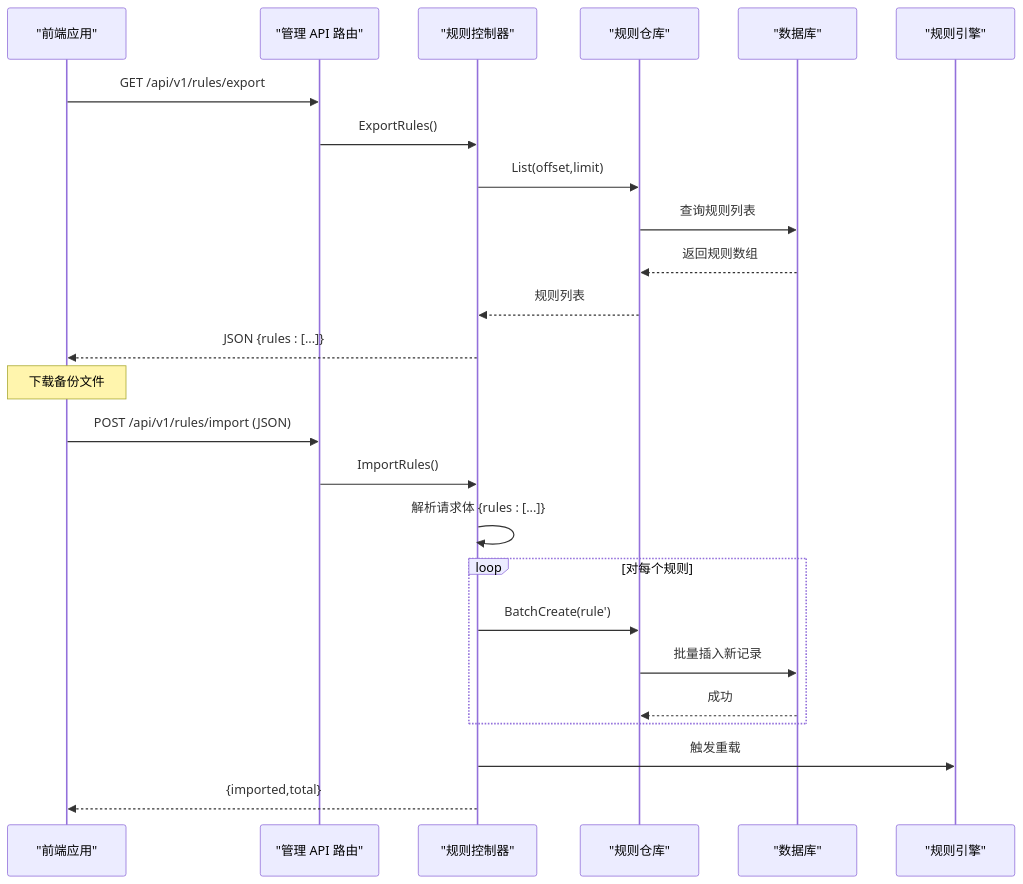
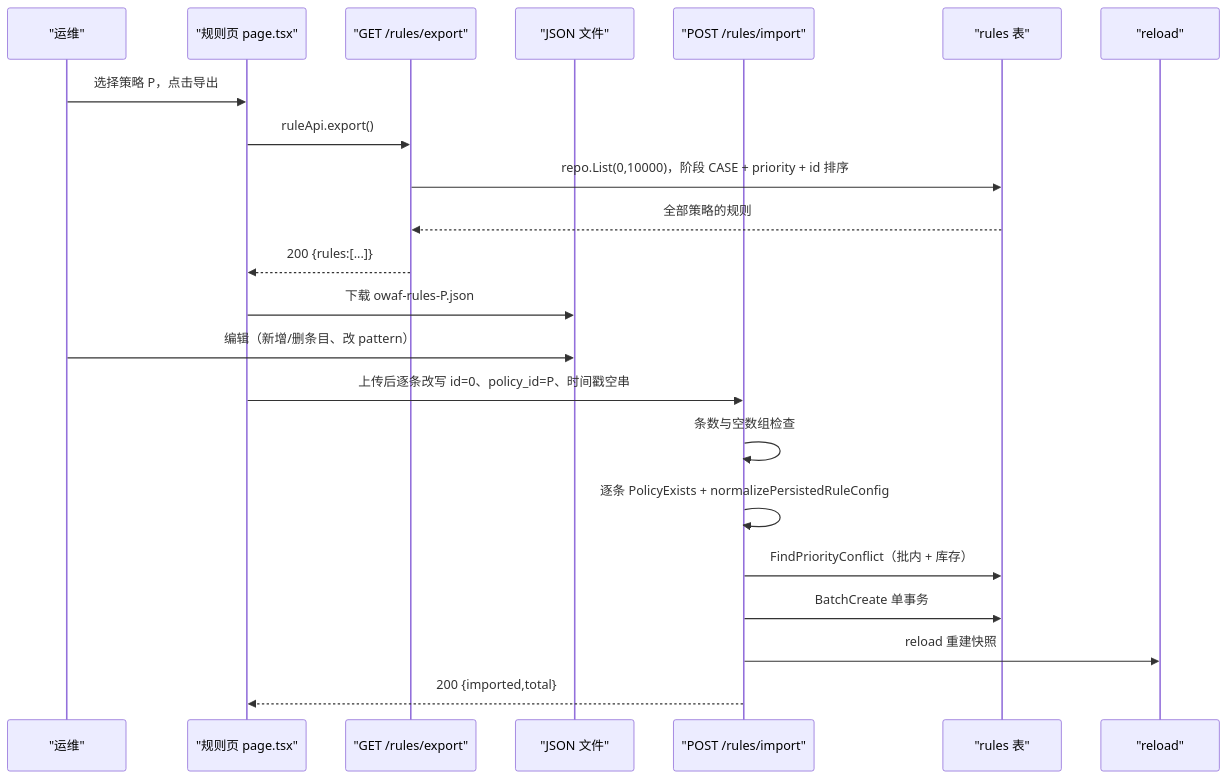
One commit to x01n/My-OpenWaf changed the third of 7 diagrams in docs/管理 API 系统/规则管理 API/规则导入导出.md. Above: the diagram before and after it, drawn with Mermaid. The commit also changed other lines of this file and 622 other files, not shown here.

````diff
--- a/docs/管理 API 系统/规则管理 API/规则导入导出.md
+++ b/docs/管理 API 系统/规则管理 API/规则导入导出.md
@@ -116,27 +186,24 @@
 ```mermaid
 sequenceDiagram
-participant FE as "前端应用"
-participant API as "管理 API 路由"
-participant CTRL as "规则控制器"
-participant REPO as "规则仓库"
-participant DB as "数据库"
-participant ENG as "规则引擎"
-FE->>API : GET /api/v1/rules/export
-API->>CTRL : ExportRules()
-CTRL->>REPO : List(offset,limit)
-REPO->>DB : 查询规则列表
-DB-->>REPO : 返回规则数组
-REPO-->>CTRL : 规则列表
-CTRL-->>FE : JSON {rules : [...]}
-Note over FE : 下载备份文件
-FE->>API : POST /api/v1/rules/import (JSON)
-API->>CTRL : ImportRules()
-CTRL->>CTRL : 解析请求体 {rules : [...]}
-loop 对每个规则
-CTRL->>REPO : BatchCreate(rule')
-REPO->>DB : 批量插入新记录
-DB-->>REPO : 成功
-end
-CTRL->>ENG : 触发重载
-CTRL-->>FE : {imported,total}
+participant OP as "运维"
+participant FE as "规则页 page.tsx"
+participant EX as "GET /rules/export"
+participant FS as "JSON 文件"
+participant IM as "POST /rules/import"
+participant DB as "rules 表"
+participant RL as "reload"
+OP->>FE : 选择策略 P，点击导出
+FE->>EX : ruleApi.export()
+EX->>DB : repo.List(0,10000)，阶段 CASE + priority + id 排序
+DB-->>EX : 全部策略的规则
+EX-->>FE : 200 {rules:[...]}
+FE->>FS : 下载 owaf-rules-P.json
+OP->>FS : 编辑（新增/删条目、改 pattern）
+FE->>IM : 上传后逐条改写 id=0、policy_id=P、时间戳空串
+IM->>IM : 条数与空数组检查
+IM->>IM : 逐条 PolicyExists + normalizePersistedRuleConfig
+IM->>DB : FindPriorityConflict（批内 + 库存）
+IM->>DB : BatchCreate 单事务
+IM->>RL : reload 重建快照
+IM-->>FE : 200 {imported,total}
 ```
````
